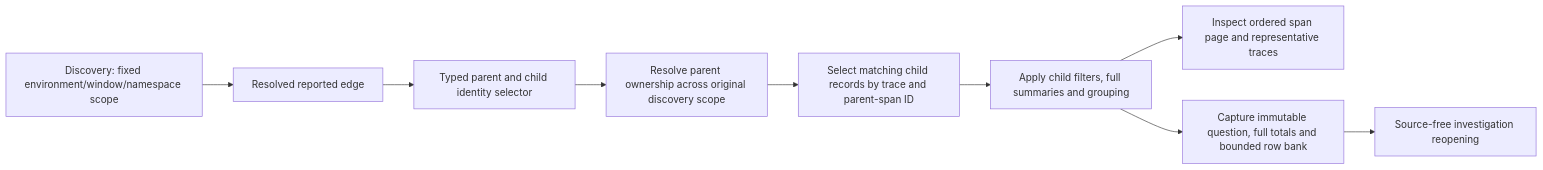
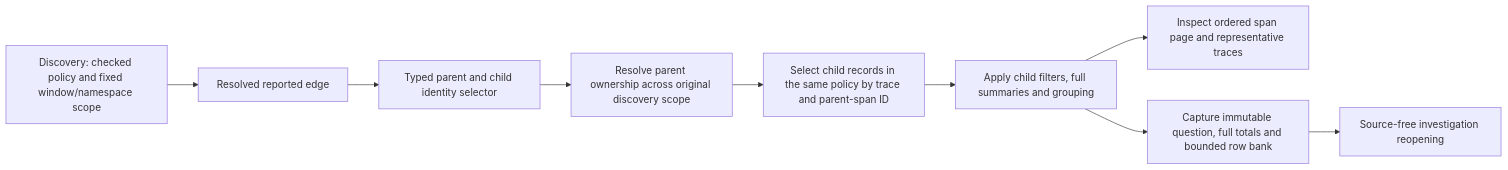
Before and after one commit to casselc/goo: the diagram in docs/REPORTED_EDGES.md, drawn with Mermaid. The commit also changed other lines of this file and 45 other files, not shown here.

First line of the commit message:
Enable exact reported edges for typed environment scopes

````diff
--- a/docs/REPORTED_EDGES.md
+++ b/docs/REPORTED_EDGES.md
@@ -15,11 +23,11 @@
 ```mermaid
 flowchart LR
-  D[Discovery: fixed environment/window/namespace scope] --> E[Resolved reported edge]
+  D[Discovery: checked policy and fixed window/namespace scope] --> E[Resolved reported edge]
   E --> Q[Typed parent and child identity selector]
   Q --> P[Resolve parent ownership across original discovery scope]
-  P --> C[Select matching child records by trace and parent-span ID]
+  P --> C[Select child records in the same policy by trace and parent-span ID]
   C --> F[Apply child filters, full summaries and grouping]
   F --> R[Inspect ordered span page and representative traces]
   F --> S[Capture immutable question, full totals and bounded row bank]
   S --> I[Source-free investigation reopening]
 ```
````
